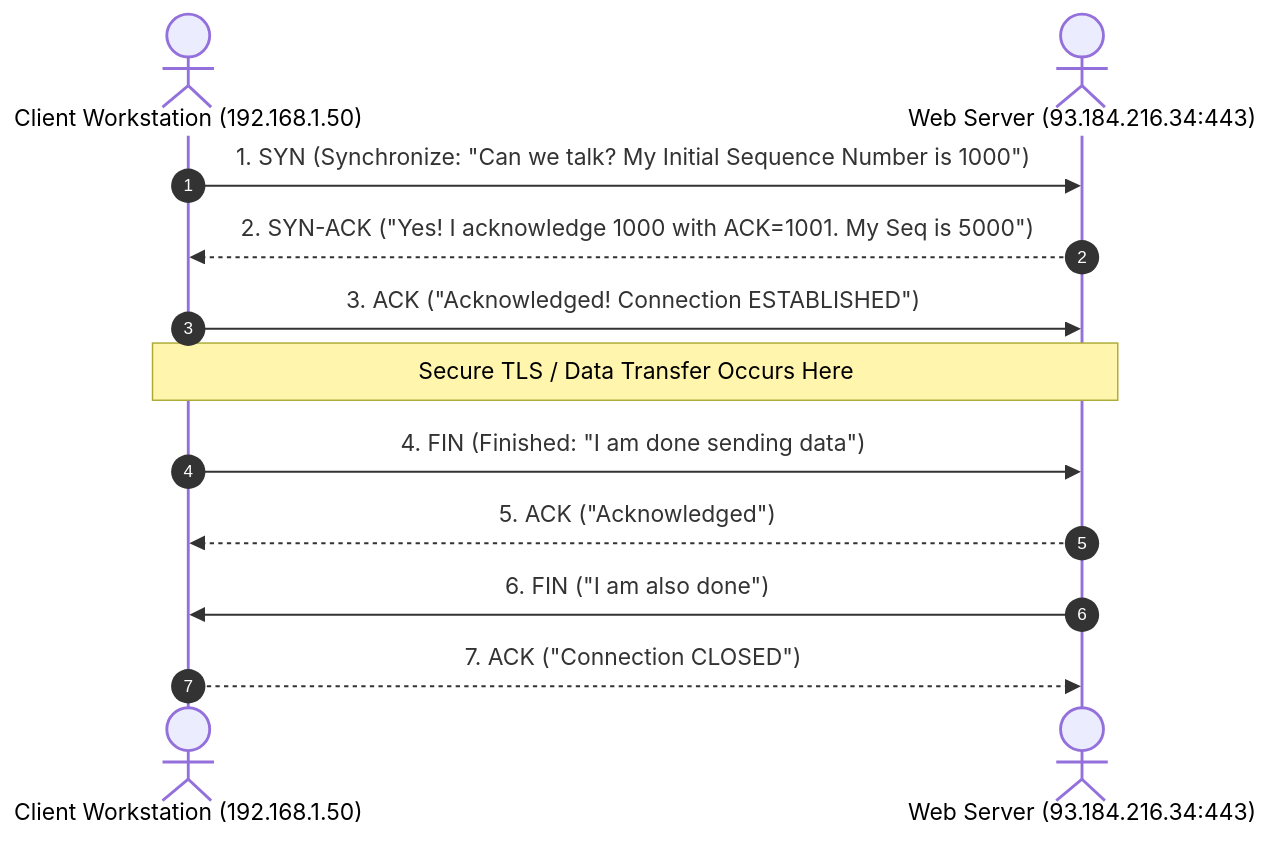
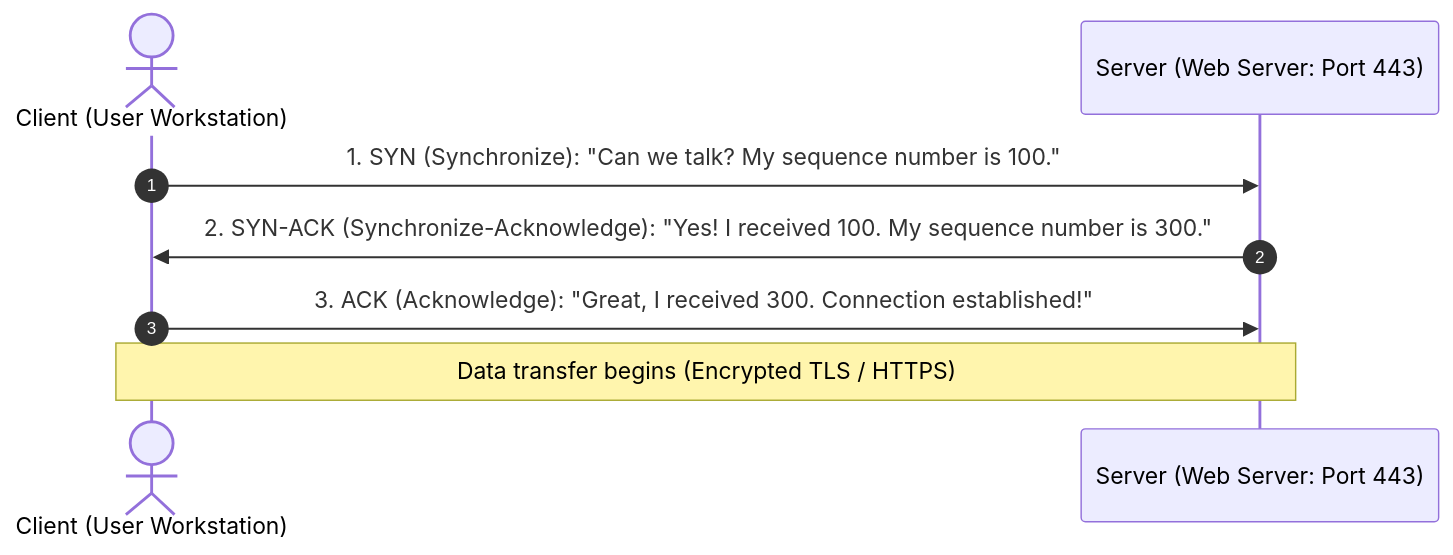
Before and after one commit to varunks04/CBS-Roleplay: the second of 2 diagrams in SOC/01_Fundamentals/03_Networking_Fundamentals_for_SOC_Analysts.md, drawn with Mermaid. The commit also changed other lines of this file and 40 other files, not shown here.

````diff
--- a/SOC/01_Fundamentals/03_Networking_Fundamentals_for_SOC_Analysts.md
+++ b/SOC/01_Fundamentals/03_Networking_Fundamentals_for_SOC_Analysts.md
@@ -33,15 +42,11 @@
 ```mermaid
 sequenceDiagram
     autonumber
-    actor Client as Client Workstation (192.168.1.50)
-    actor Server as Web Server (93.184.216.34:443)
+    actor Client as Client (User Workstation)
+    participant Server as Server (Web Server: Port 443)
 
-    Client->>Server: 1. SYN (Synchronize: "Can we talk? My Initial Sequence Number is 1000")
-    Server-->>Client: 2. SYN-ACK ("Yes! I acknowledge 1000 with ACK=1001. My Seq is 5000")
-    Client->>Server: 3. ACK ("Acknowledged! Connection ESTABLISHED")
-    Note over Client,Server: Secure TLS / Data Transfer Occurs Here
-    Client->>Server: 4. FIN (Finished: "I am done sending data")
-    Server-->>Client: 5. ACK ("Acknowledged")
-    Server->>Client: 6. FIN ("I am also done")
-    Client-->>Server: 7. ACK ("Connection CLOSED")
+    Client->>Server: 1. SYN (Synchronize): "Can we talk? My sequence number is 100."
+    Server->>Client: 2. SYN-ACK (Synchronize-Acknowledge): "Yes! I received 100. My sequence number is 300."
+    Client->>Server: 3. ACK (Acknowledge): "Great, I received 300. Connection established!"
+    Note over Client,Server: Data transfer begins (Encrypted TLS / HTTPS)
 ```
````
